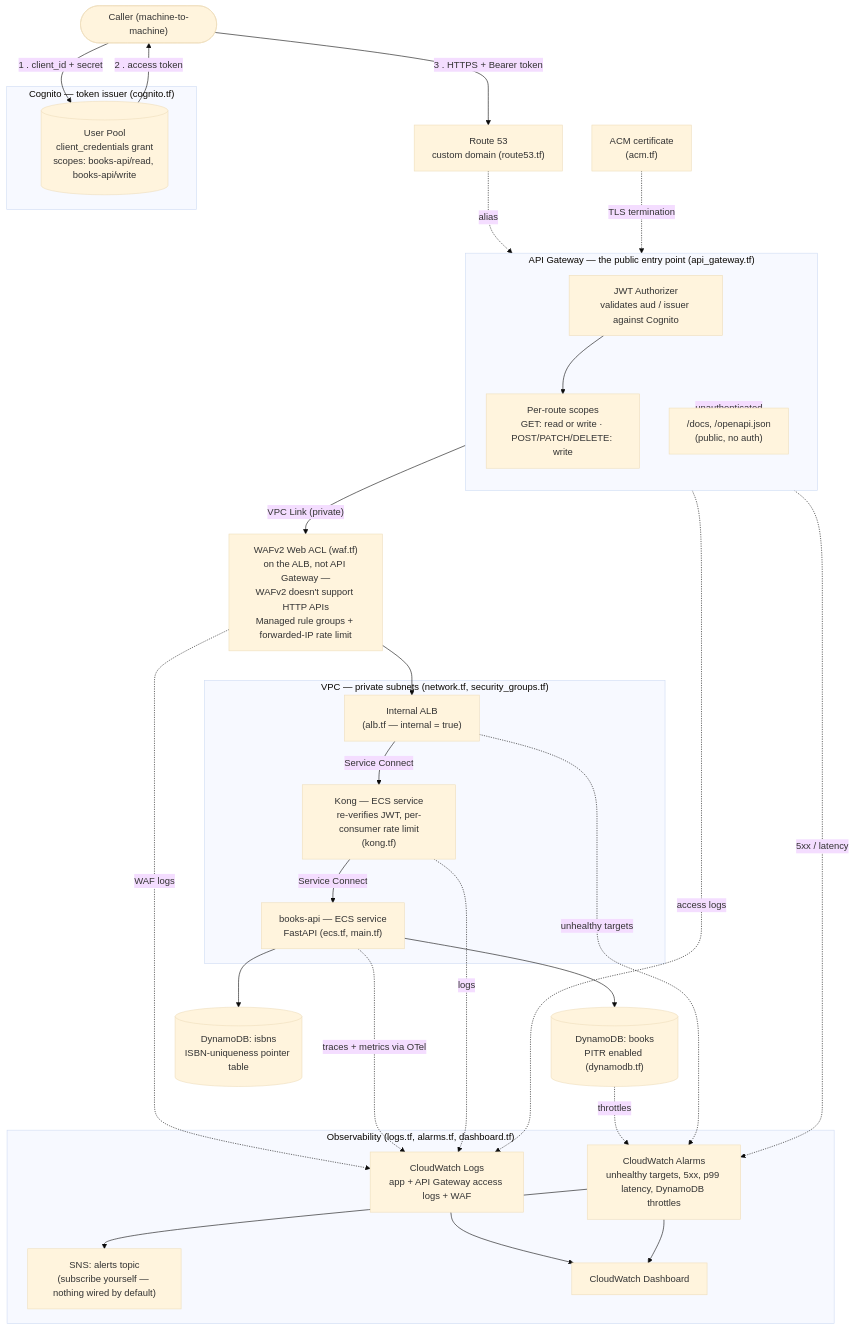
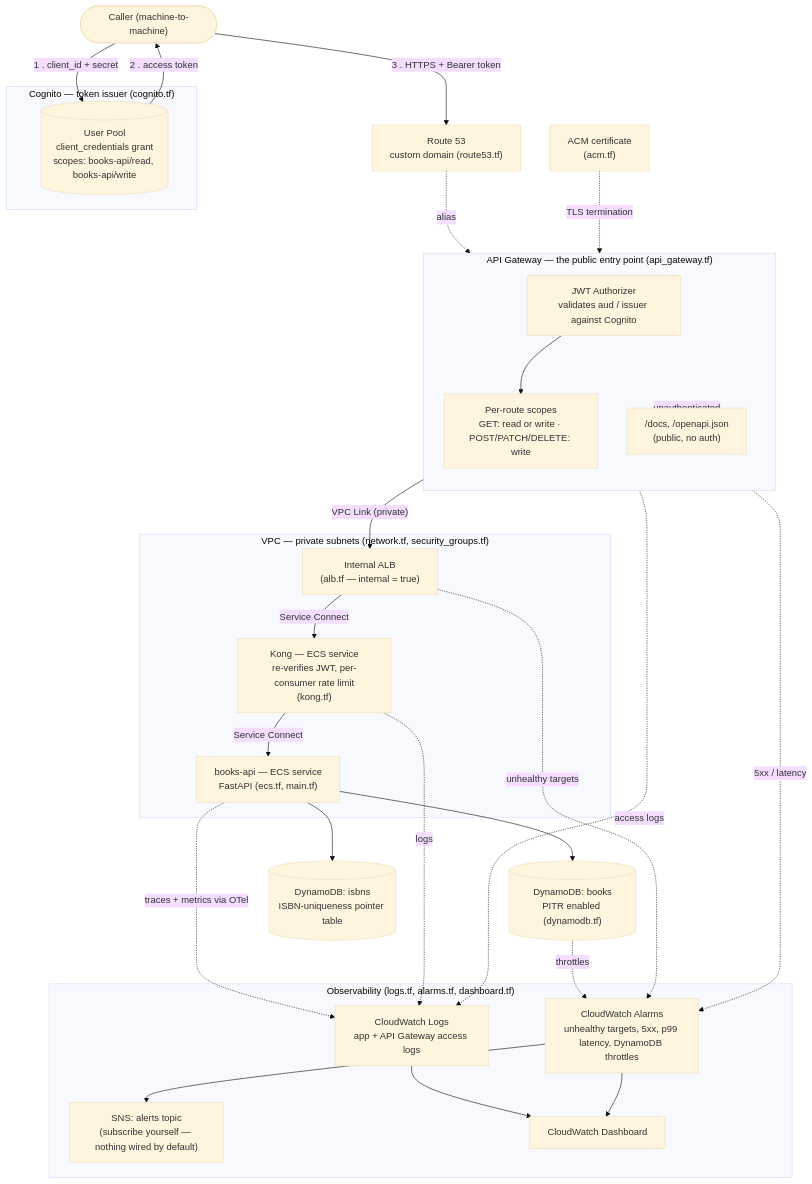
One commit to bprieto12/python-rest-api-template changed the diagram in ARCHITECTURE.md. Above: the diagram before and after it, drawn with Mermaid (base theme). The commit also changed other lines of this file and 7 other files, not shown here.

````diff
--- a/ARCHITECTURE.md
+++ b/ARCHITECTURE.md
@@ -20,59 +18,57 @@
 ```mermaid
 flowchart TB
     Caller(["Caller (machine-to-machine)"])
 
     subgraph Cognito_Group["Cognito — token issuer (cognito.tf)"]
         Cognito[("User Pool<br/>client_credentials grant<br/>scopes: books-api/read, books-api/write")]
     end
 
     Caller -- "1 . client_id + secret" --> Cognito
     Cognito -- "2 . access token" --> Caller
 
     Route53["Route 53<br/>custom domain (route53.tf)"]
     ACM["ACM certificate<br/>(acm.tf)"]
 
     subgraph Edge["API Gateway — the public entry point (api_gateway.tf)"]
         direction TB
         Authorizer["JWT Authorizer<br/>validates aud / issuer against Cognito"]
         Routes["Per-route scopes<br/>GET: read or write · POST/PATCH/DELETE: write"]
         Docs["/docs, /openapi.json<br/>(public, no auth)"]
         Authorizer --> Routes
     end
 
     Caller -- "3 . HTTPS + Bearer token" --> Route53
     Route53 -. alias .-> Edge
     ACM -. TLS termination .-> Edge
     Edge -. unauthenticated .-> Docs
 
-    Routes -- "VPC Link (private)" --> WAF["WAFv2 Web ACL (waf.tf)<br/>on the ALB, not API Gateway —<br/>WAFv2 doesn't support HTTP APIs<br/>Managed rule groups + forwarded-IP rate limit"]
-    WAF --> ALB["Internal ALB<br/>(alb.tf — internal = true)"]
+    Routes -- "VPC Link (private)" --> ALB["Internal ALB<br/>(alb.tf — internal = true)"]
 
     subgraph VPC["VPC — private subnets (network.tf, security_groups.tf)"]
         ALB
         Kong["Kong — ECS service<br/>re-verifies JWT, per-consumer rate limit<br/>(kong.tf)"]
         BooksAPI["books-api — ECS service<br/>FastAPI (ecs.tf, main.tf)"]
         ALB -- "Service Connect" --> Kong
         Kong -- "Service Connect" --> BooksAPI
     end
 
     BooksAPI --> BooksTable[("DynamoDB: books<br/>PITR enabled (dynamodb.tf)")]
     BooksAPI --> IsbnsTable[("DynamoDB: isbns<br/>ISBN-uniqueness pointer table")]
 
     subgraph Observability["Observability (logs.tf, alarms.tf, dashboard.tf)"]
-        Logs["CloudWatch Logs<br/>app + API Gateway access logs + WAF"]
+        Logs["CloudWatch Logs<br/>app + API Gateway access logs"]
         Alarms["CloudWatch Alarms<br/>unhealthy targets, 5xx, p99 latency, DynamoDB throttles"]
         SNS["SNS: alerts topic<br/>(subscribe yourself — nothing wired by default)"]
         Dashboard["CloudWatch Dashboard"]
         Alarms --> SNS
         Logs --> Dashboard
         Alarms --> Dashboard
     end
 
     Edge -. access logs .-> Logs
-    WAF -. WAF logs .-> Logs
     BooksAPI -. traces + metrics via OTel .-> Logs
     Kong -. logs .-> Logs
     Edge -. 5xx / latency .-> Alarms
     BooksTable -. throttles .-> Alarms
     ALB -. unhealthy targets .-> Alarms
 ```
````
